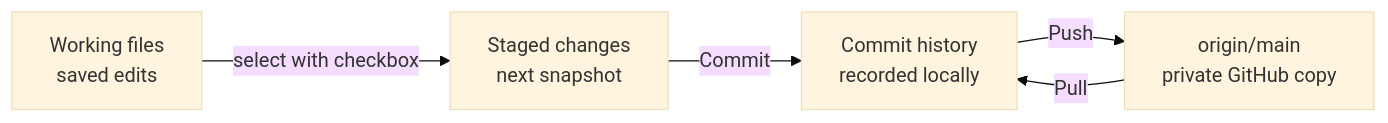
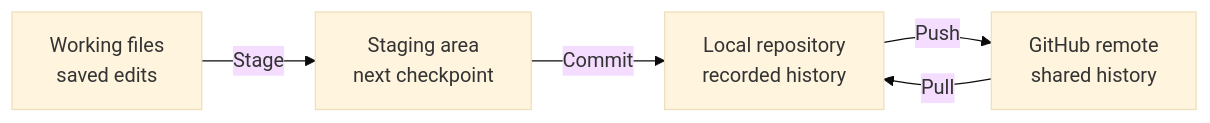
Before and after one commit to slzhao/BIOS6301-materials: the second of 6 diagrams in course/session02/slides.qmd, drawn with Mermaid (base theme). The commit also changed other lines of this file and 52 other files, not shown here.

````diff
--- a/course/session02/slides.qmd
+++ b/course/session02/slides.qmd
@@ -134,7 +250,7 @@
 ```{mermaid}
 flowchart LR
-  W["Working files<br/>saved edits"] -->|select with checkbox| S["Staged changes<br/>next snapshot"]
-  S -->|Commit| C["Commit history<br/>recorded locally"]
-  C -->|Push| O["origin/main<br/>private GitHub copy"]
-  O -->|Pull| C
+  W["Working files<br/>saved edits"] -->|Stage| S["Staging area<br/>next checkpoint"]
+  S -->|Commit| C["Local repository<br/>recorded history"]
+  C -->|Push| R["GitHub remote<br/>shared history"]
+  R -->|Pull| C
 ```
````
